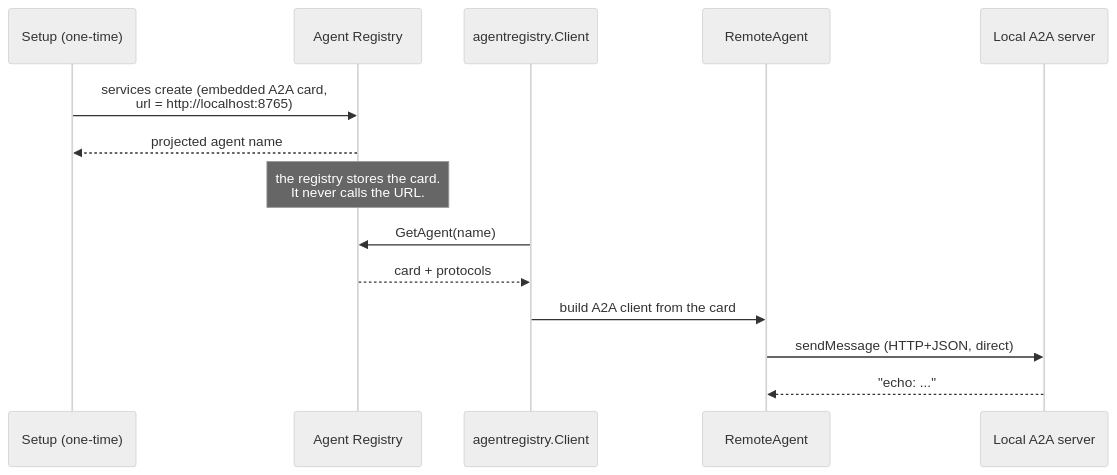
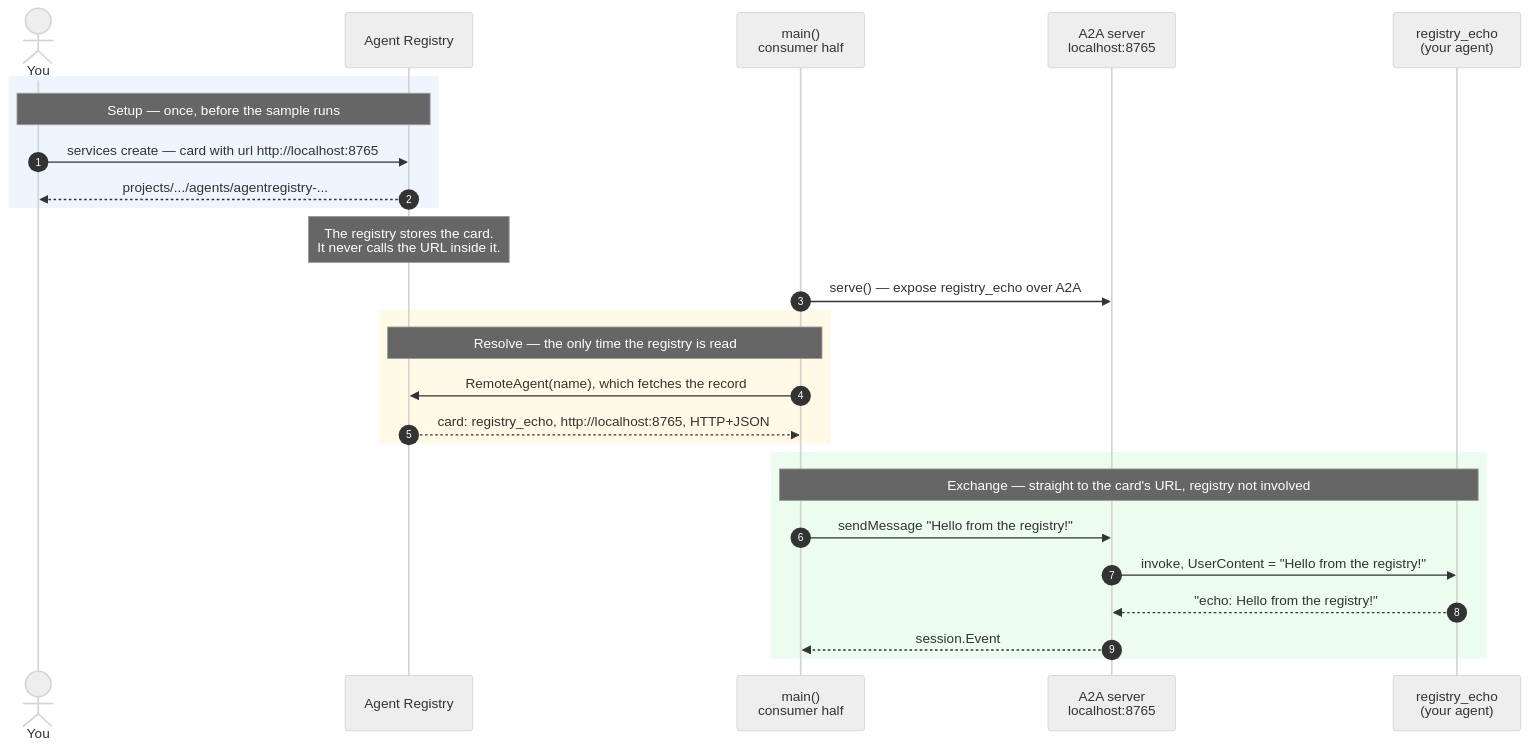
The diagram in examples/agentregistry/a2a/README.md (vhuk2025/adk-go), drawn with Mermaid (neutral theme) before and after one commit. The commit also changed other lines of this file, not shown here.

Commit message:
docs(examples/agentregistry): make the a2a diagram show the published agent
The old diagram hid the agent inside 'Local A2A server' and showed GetAgent as
a separate call from main(), which RemoteAgent actually makes itself. Draws
registry_echo as its own participant, puts the message text on the arrows in
both directions, and separates setup, resolve and exchange so the registry
lifeline is visibly idle during the exchange.

````diff
--- a/examples/agentregistry/a2a/README.md
+++ b/examples/agentregistry/a2a/README.md
@@ -22,17 +22,32 @@
 ```mermaid
 sequenceDiagram
-    participant You as Setup (one-time)
+    autonumber
+    actor You as You
     participant AR as Agent Registry
-    participant C as agentregistry.Client
-    participant RA as RemoteAgent
-    participant S as Local A2A server
+    participant Main as main()<br/>consumer half
+    participant Srv as A2A server<br/>localhost:8765
+    participant Echo as registry_echo<br/>(your agent)
 
-    You->>AR: services create (embedded A2A card,<br/>url = http://localhost:8765)
-    AR-->>You: projected agent name
-    Note over AR: the registry stores the card.<br/>It never calls the URL.
-    C->>AR: GetAgent(name)
-    AR-->>C: card + protocols
-    C->>RA: build A2A client from the card
-    RA->>S: sendMessage (HTTP+JSON, direct)
-    S-->>RA: "echo: ..."
+    rect rgb(238,245,255)
+    Note over You,AR: Setup — once, before the sample runs
+    You->>AR: services create — card with url http://localhost:8765
+    AR-->>You: projects/.../agents/agentregistry-...
+    end
+    Note over AR: The registry stores the card.<br/>It never calls the URL inside it.
+
+    Main->>Srv: serve() — expose registry_echo over A2A
+
+    rect rgb(255,249,230)
+    Note over Main,AR: Resolve — the only time the registry is read
+    Main->>AR: RemoteAgent(name), which fetches the record
+    AR-->>Main: card: registry_echo, http://localhost:8765, HTTP+JSON
+    end
+
+    rect rgb(236,252,238)
+    Note over Main,Echo: Exchange — straight to the card's URL, registry not involved
+    Main->>Srv: sendMessage "Hello from the registry!"
+    Srv->>Echo: invoke, UserContent = "Hello from the registry!"
+    Echo-->>Srv: "echo: Hello from the registry!"
+    Srv-->>Main: session.Event
+    end
 ```
````
